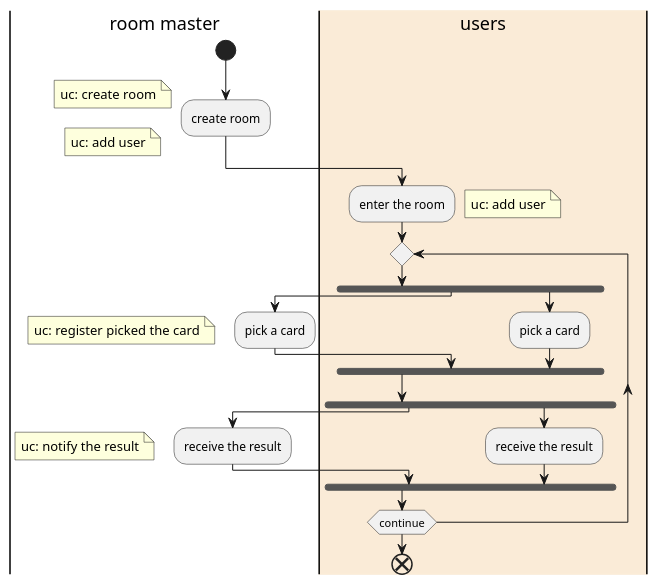
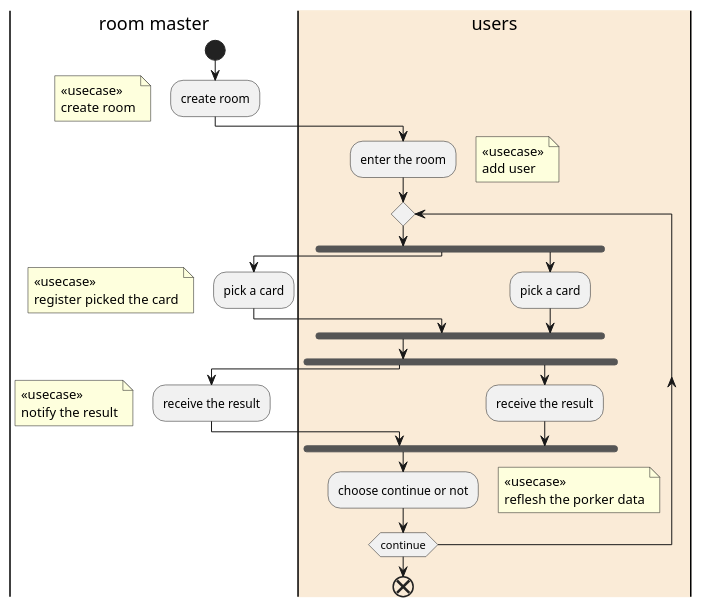
The diagram in doc/product/biz_flow.puml (yuizho/salon), drawn with PlantUML before and after one commit.

```diff
--- a/doc/product/biz_flow.puml
+++ b/doc/product/biz_flow.puml
@@ -1,29 +1,30 @@
 @startuml
 |room master|
 start
 :create room;
-floating note left: uc: create room
-floating note left: uc: add user
+floating note left: <<usecase>>\ncreate room
 |#AntiqueWhite|users|
 :enter the room;
-floating note right: uc: add user
+floating note right:  <<usecase>>\nadd user
 repeat
 fork
 |room master|
 :pick a card;
-floating note left: uc: register picked the card
+floating note left:  <<usecase>>\nregister picked the card
 fork again
 |users|
 :pick a card;
 endfork
 fork
 |room master|
 :receive the result;
-floating note left: uc: notify the result
+floating note left:  <<usecase>>\nnotify the result
 fork again
 |users|
 :receive the result;
 end fork
+:choose continue or not;
+floating note right:  <<usecase>>\nreflesh the porker data
 repeatwhile (continue)
 end
 @enduml
```
